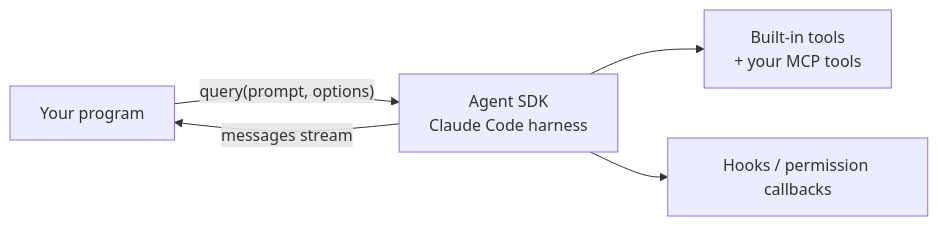
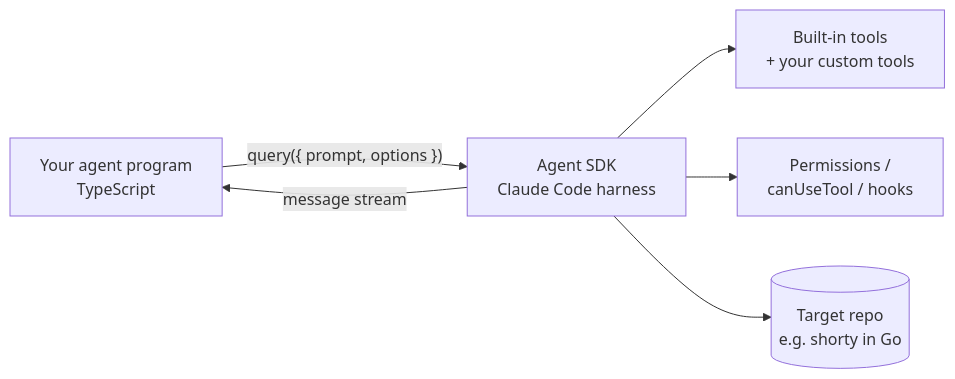
The third of 5 diagrams in levels/07-automate.md (tomschinelli/ai-engineering-guide), drawn with Mermaid before and after one commit. The commit also changed other lines of this file and 1 other file, not shown here.

First line of the commit message:
L7: make the TypeScript Agent SDK the recommended path for custom agents

````diff
--- a/levels/07-automate.md
+++ b/levels/07-automate.md
@@ -126,7 +123,8 @@
 ```mermaid
 flowchart LR
-    APP[Your program] -->|"query(prompt, options)"| SDK[Agent SDK<br/>Claude Code harness]
-    SDK --> TOOLS[Built-in tools<br/>+ your MCP tools]
-    SDK --> HOOK[Hooks / permission callbacks]
-    SDK -->|messages stream| APP
+    APP[Your agent program<br/>TypeScript] -->|"query({ prompt, options })"| SDK[Agent SDK<br/>Claude Code harness]
+    SDK --> TOOLS[Built-in tools<br/>+ your custom tools]
+    SDK --> GATE[Permissions /<br/>canUseTool / hooks]
+    SDK --> REPO[(Target repo<br/>e.g. shorty in Go)]
+    SDK -->|message stream| APP
 ```
````
